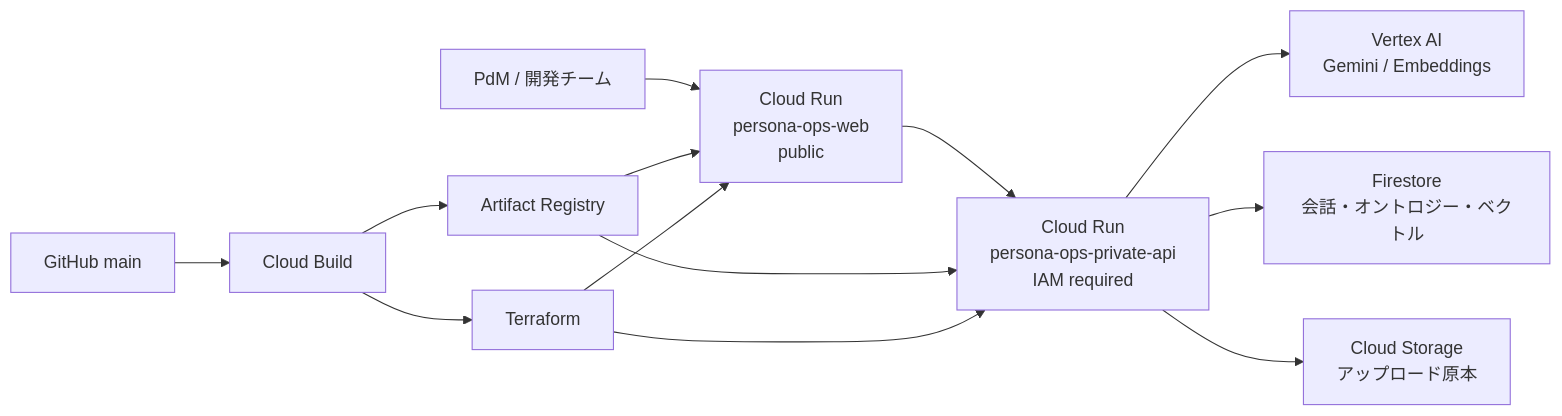
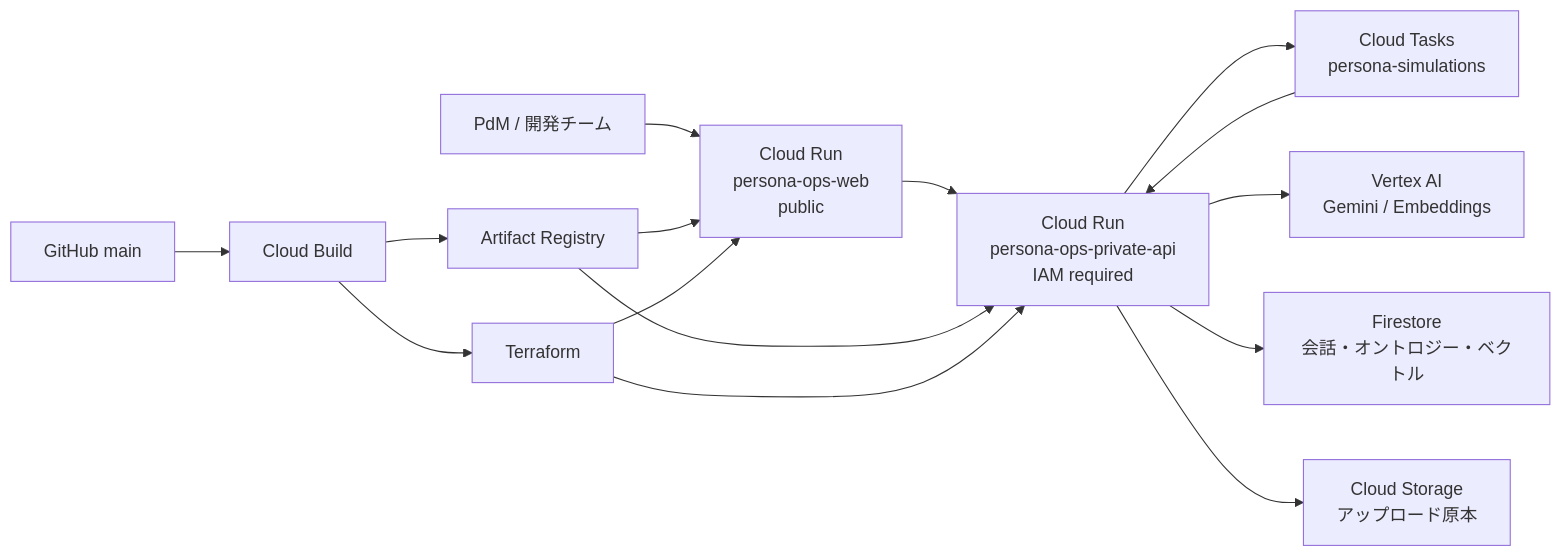
The diagram in docs/infrastructure_design.md (teritamas/persona-ops), drawn with Mermaid before and after one commit. The commit also changed other lines of this file, not shown here.

Commit message:
docs: update infrastructure design documentation to reflect recent architecture changes

````diff
--- a/docs/infrastructure_design.md
+++ b/docs/infrastructure_design.md
@@ -5,15 +5,17 @@
 ```mermaid
 flowchart LR
     User["PdM / 開発チーム"] --> Frontend["Cloud Run<br/>persona-ops-web<br/>public"]
     Frontend --> PrivateAPI["Cloud Run<br/>persona-ops-private-api<br/>IAM required"]
+　    PrivateAPI --> Tasks["Cloud Tasks<br/>persona-simulations"]
+    Tasks --> PrivateAPI
     PrivateAPI --> Vertex["Vertex AI<br/>Gemini / Embeddings"]
     PrivateAPI --> Firestore["Firestore<br/>会話・オントロジー・ベクトル"]
     PrivateAPI --> Storage["Cloud Storage<br/>アップロード原本"]
     GitHub["GitHub main"] --> Build["Cloud Build"]
     Build --> Registry["Artifact Registry"]
     Build --> Terraform["Terraform"]
     Registry --> Frontend
     Registry --> PrivateAPI
     Terraform --> Frontend
     Terraform --> PrivateAPI
 ```
````
